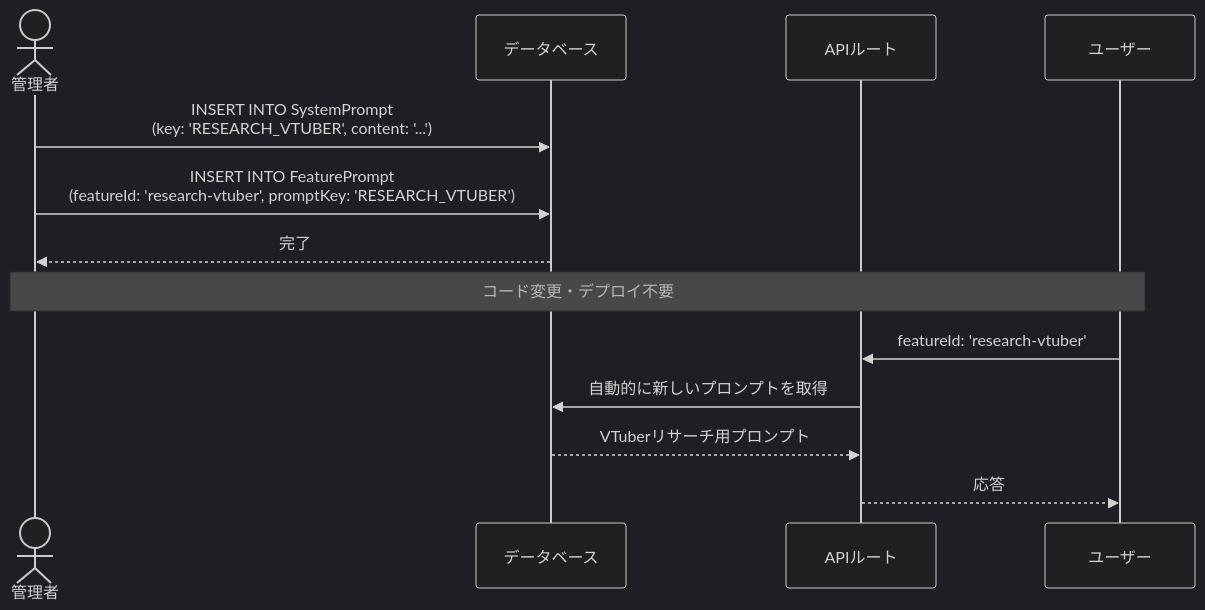
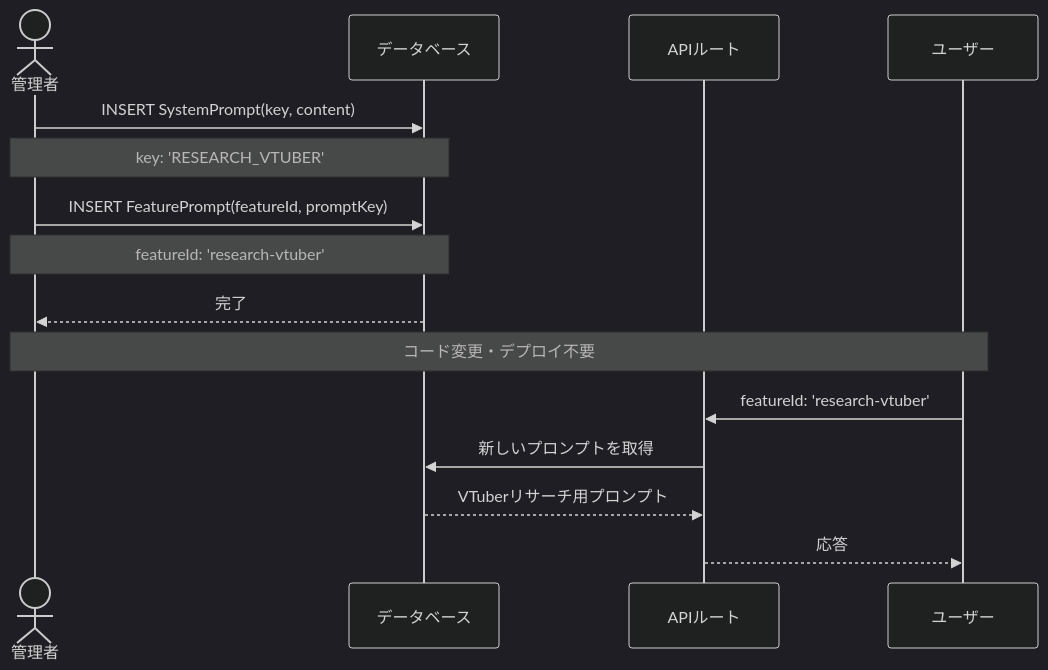
Before and after one commit to langcore-org/united-productions-web: the sixth of 7 diagrams in docs/specs/api-integration/system-prompt-generation.md, drawn with Mermaid (dark theme). The commit also changed other lines of this file and 2 other files, not shown here.

First line of the commit message:
docs: Mermaidシーケンス図の構文エラーを修正

````diff
--- a/docs/specs/api-integration/system-prompt-generation.md
+++ b/docs/specs/api-integration/system-prompt-generation.md
@@ -240,18 +231,20 @@
 ```mermaid
 sequenceDiagram
     actor Admin as 管理者
     participant DB as データベース
     participant API as APIルート
     participant User as ユーザー
 
-    Admin->>DB: INSERT INTO SystemPrompt<br/>(key: 'RESEARCH_VTUBER', content: '...')
-    Admin->>DB: INSERT INTO FeaturePrompt<br/>(featureId: 'research-vtuber', promptKey: 'RESEARCH_VTUBER')
+    Admin->>DB: INSERT SystemPrompt(key, content)
+    Note over Admin,DB: key: 'RESEARCH_VTUBER'
+    Admin->>DB: INSERT FeaturePrompt(featureId, promptKey)
+    Note over Admin,DB: featureId: 'research-vtuber'
     DB-->>Admin: 完了
 
     Note over Admin,User: コード変更・デプロイ不要
 
     User->>API: featureId: 'research-vtuber'
-    API->>DB: 自動的に新しいプロンプトを取得
+    API->>DB: 新しいプロンプトを取得
     DB-->>API: VTuberリサーチ用プロンプト
     API-->>User: 応答
 ```
````
